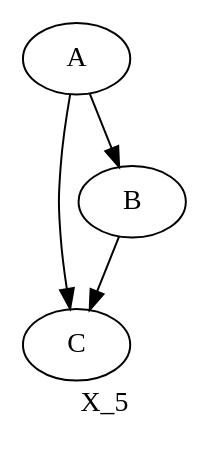
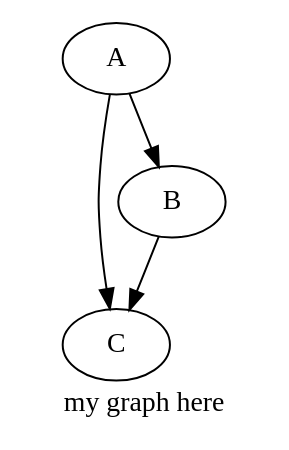
One commit to dungthuapps/learn-dlcv changed the diagram in test/md/pandoc.md. Above: the diagram before and after it, drawn with Graphviz. The commit also changed other lines of this file and 2 other files, not shown here.

````diff
--- a/test/md/pandoc.md
+++ b/test/md/pandoc.md
@@ -29,10 +27,10 @@
 ```dot
 digraph {
-  label="X_5"
+  label="my graph here"
   caption="My graph"
 
   C [texlbl="$C_x$"]
   A -> B -> C;
   A -> C;
 }
 ```
````
